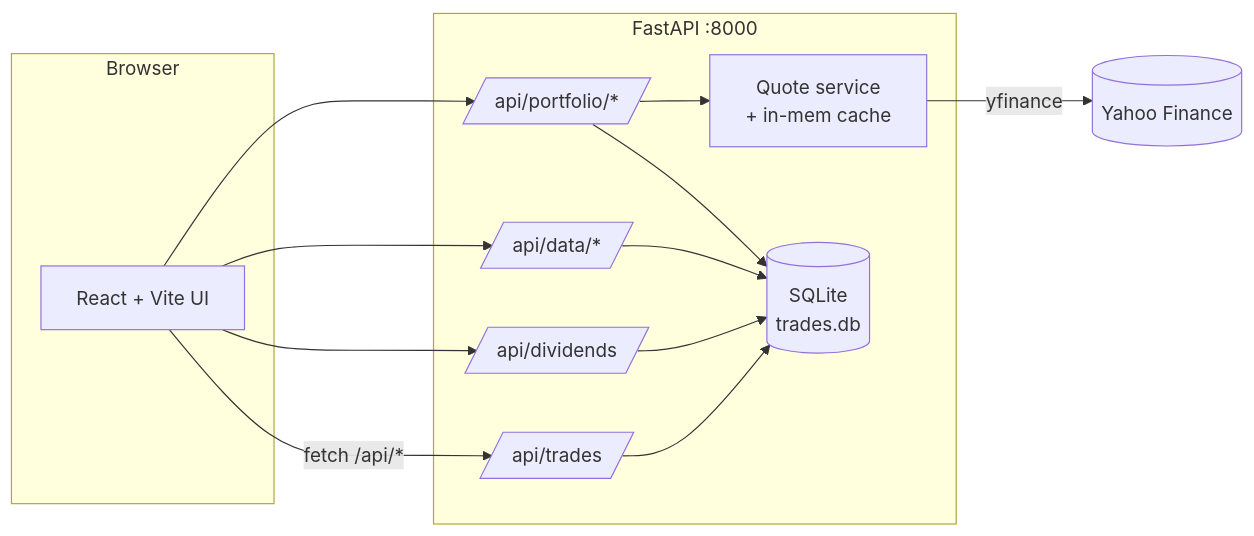
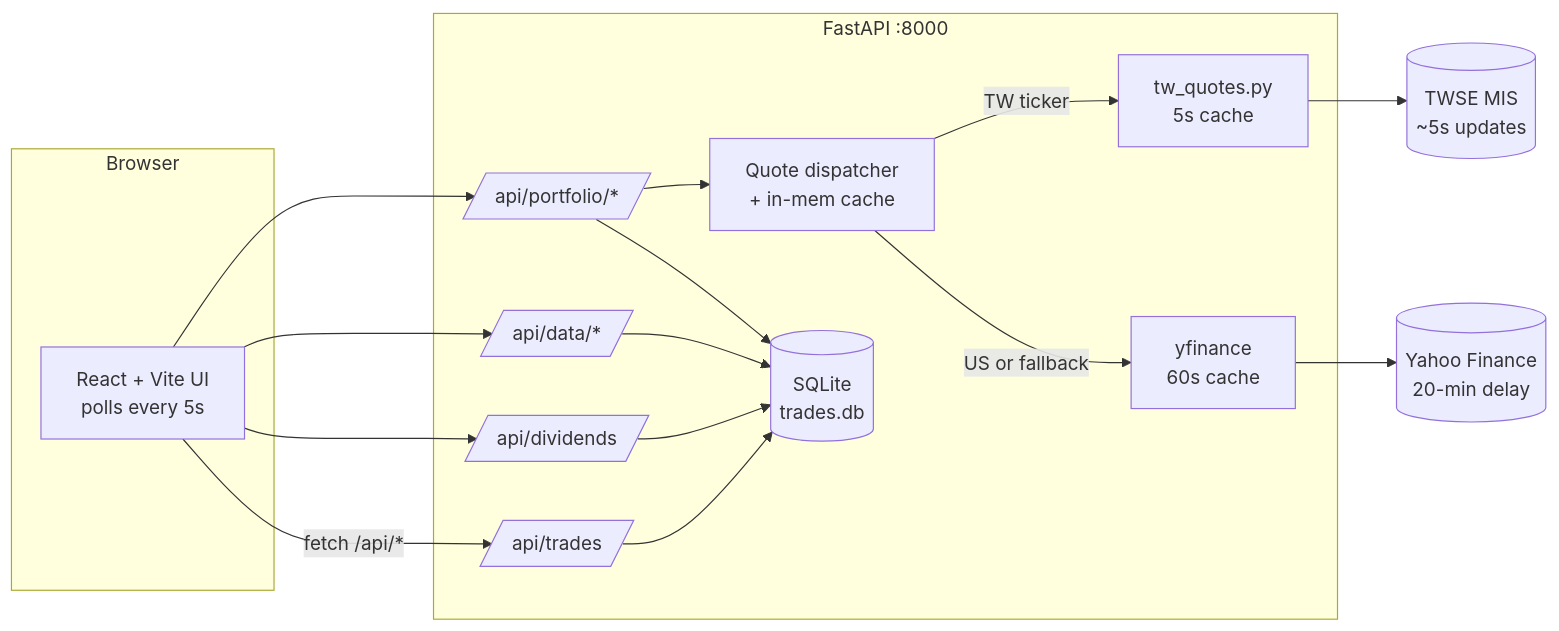
One commit to jimmy19981226/stock-tracker changed the diagram in README.md. Above: the diagram before and after it, drawn with Mermaid. The commit also changed other lines of this file and 21 other files, not shown here.

````diff
--- a/README.md
+++ b/README.md
@@ -83,26 +108,32 @@
 ```mermaid
 flowchart LR
   subgraph Browser
-    UI[React + Vite UI]
+    UI[React + Vite UI<br/>polls every 5s]
   end
   subgraph Backend["FastAPI :8000"]
     Trades[/api/trades/]
     Dividends[/api/dividends/]
     Portfolio[/api/portfolio/*/]
     Data[/api/data/*/]
-    Quotes[Quote service<br/>+ in-mem cache]
+    Quotes[Quote dispatcher<br/>+ in-mem cache]
+    TwQuotes[tw_quotes.py<br/>5s cache]
+    YfQuotes[yfinance<br/>60s cache]
     DB[(SQLite<br/>trades.db)]
   end
-  Yahoo[(Yahoo Finance)]
+  TWSE[(TWSE MIS<br/>~5s updates)]
+  Yahoo[(Yahoo Finance<br/>20-min delay)]
 
   UI -- "fetch /api/*" --> Trades
   UI --> Dividends
   UI --> Portfolio
   UI --> Data
   Trades --> DB
   Dividends --> DB
   Data --> DB
   Portfolio --> DB
   Portfolio --> Quotes
-  Quotes -- "yfinance" --> Yahoo
+  Quotes -->|TW ticker| TwQuotes
+  Quotes -->|US or fallback| YfQuotes
+  TwQuotes --> TWSE
+  YfQuotes --> Yahoo
 ```
````
